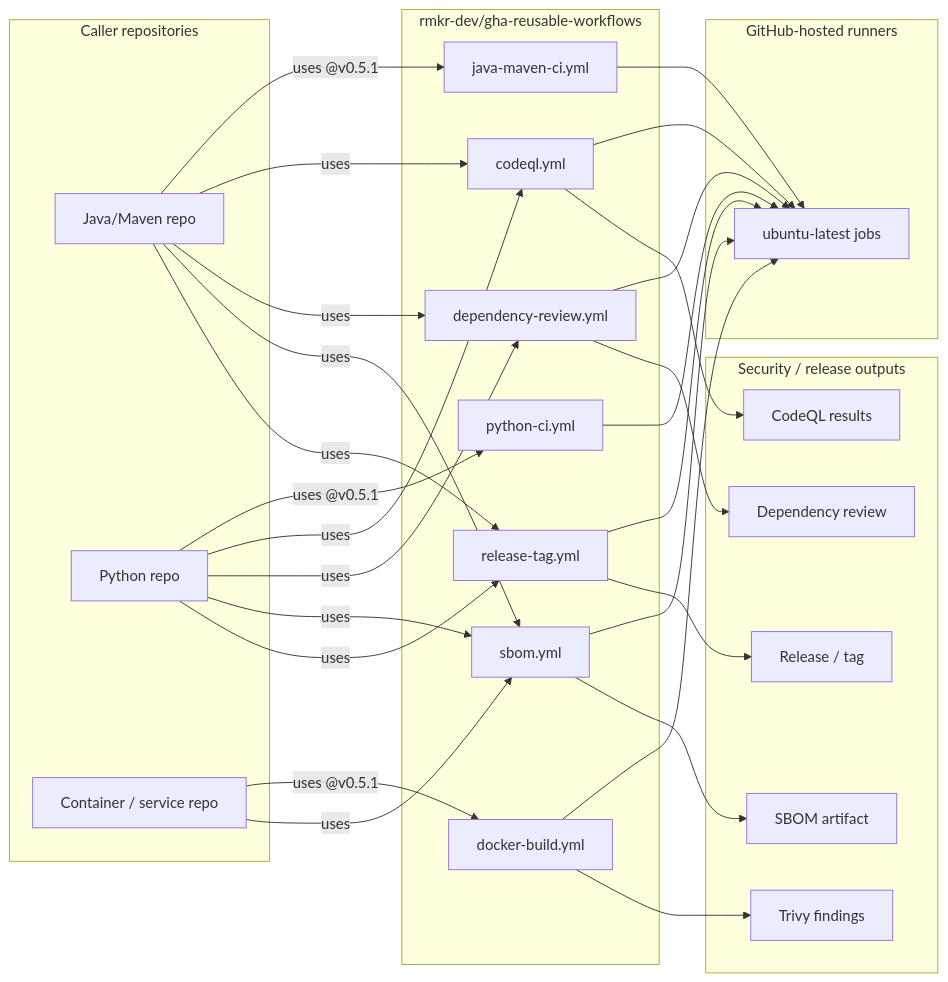
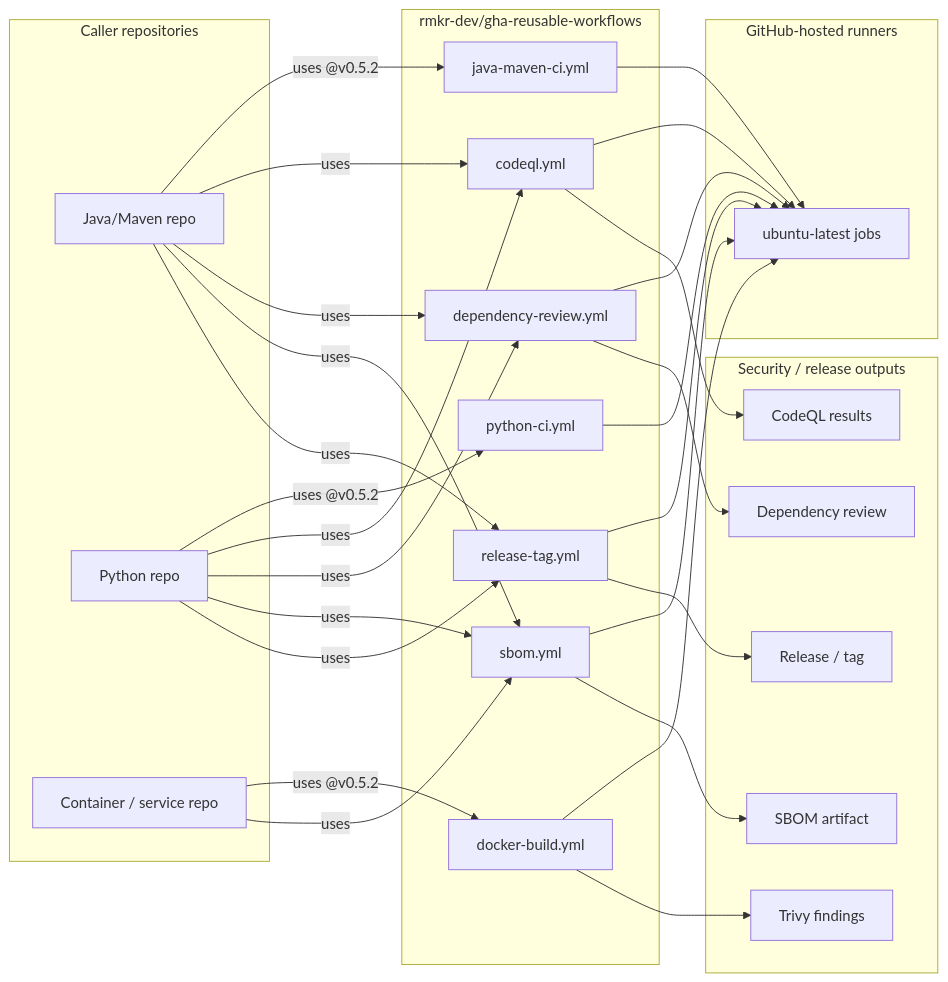
Before and after one commit to rmkr-dev/gha-reusable-workflows: the diagram in docs/architecture/architecture-diagram.md, drawn with Mermaid. The commit also changed other lines of this file and 19 other files, not shown here.

````diff
--- a/docs/architecture/architecture-diagram.md
+++ b/docs/architecture/architecture-diagram.md
@@ -3,57 +3,57 @@
 ```mermaid
 flowchart LR
   subgraph Callers["Caller repositories"]
     JP["Java/Maven repo"]
     PP["Python repo"]
     DP["Container / service repo"]
   end
 
   subgraph Reusable["rmkr-dev/gha-reusable-workflows"]
     PY["python-ci.yml"]
     JV["java-maven-ci.yml"]
     DK["docker-build.yml"]
     CQ["codeql.yml"]
     DR["dependency-review.yml"]
     SB["sbom.yml"]
     RT["release-tag.yml"]
   end
 
   subgraph Runners["GitHub-hosted runners"]
     R["ubuntu-latest jobs"]
   end
 
   subgraph Supply["Security / release outputs"]
     CQout["CodeQL results"]
     DRout["Dependency review"]
     SBout["SBOM artifact"]
     TRout["Trivy findings"]
     RELout["Release / tag"]
   end
 
-  JP -->|uses @v0.5.1| JV
+  JP -->|uses @v0.5.2| JV
   JP -->|uses| CQ
   JP -->|uses| DR
   JP -->|uses| SB
   JP -->|uses| RT
-  PP -->|uses @v0.5.1| PY
+  PP -->|uses @v0.5.2| PY
   PP -->|uses| CQ
   PP -->|uses| DR
   PP -->|uses| SB
   PP -->|uses| RT
-  DP -->|uses @v0.5.1| DK
+  DP -->|uses @v0.5.2| DK
   DP -->|uses| SB
 
   PY --> R
   JV --> R
   DK --> R
   CQ --> R
   DR --> R
   SB --> R
   RT --> R
 
   CQ --> CQout
   DR --> DRout
   SB --> SBout
   DK --> TRout
   RT --> RELout
 ```
````
